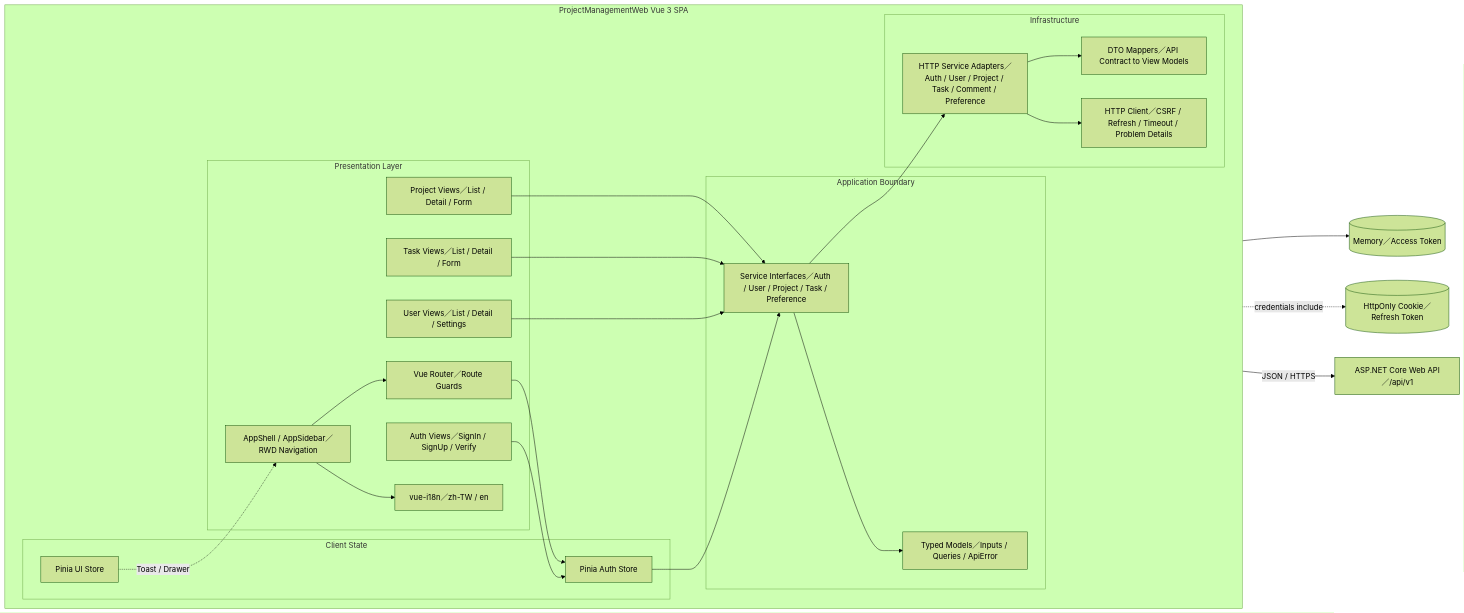
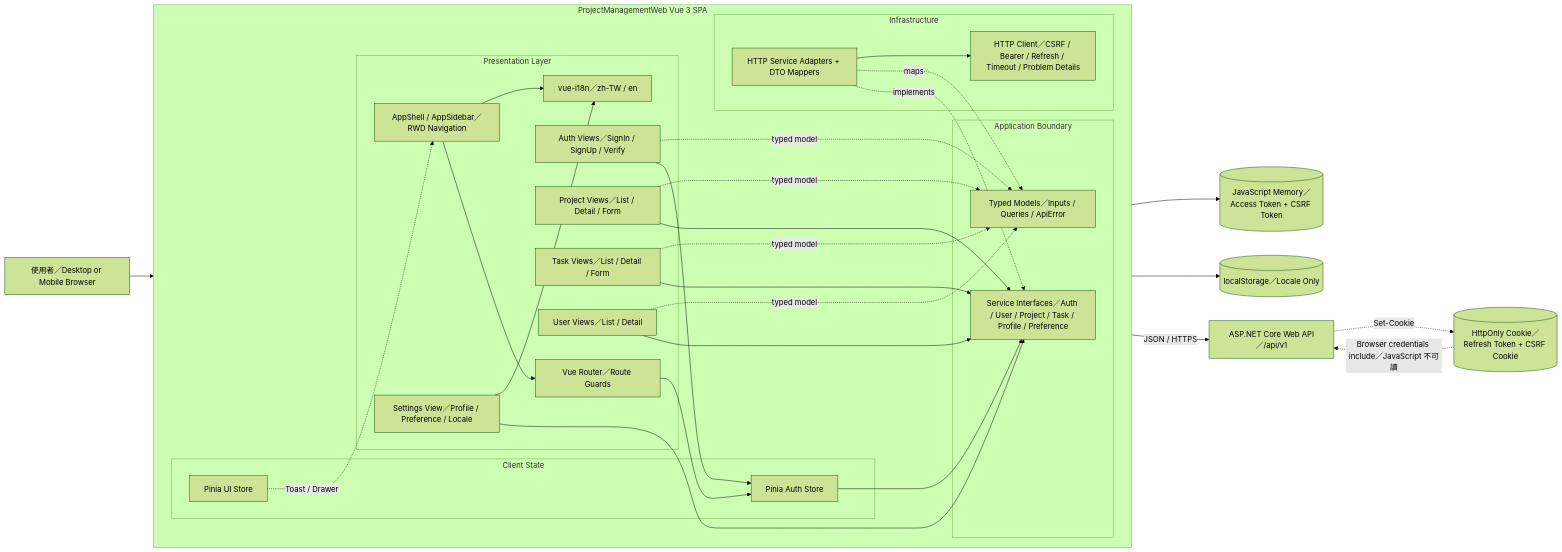
One commit to JJDing-Louis/ProjectManagementWeb_FrontEnd changed the first of 3 diagrams in docs/Architecture.md. Above: the diagram before and after it, drawn with Mermaid (forest theme). The commit also changed other lines of this file and 3 other files, not shown here.

````diff
--- a/docs/Architecture.md
+++ b/docs/Architecture.md
@@ -9,53 +9,64 @@
 ```mermaid
 flowchart LR
+    User[使用者／Desktop or Mobile Browser]
+
     subgraph SPA[ProjectManagementWeb Vue 3 SPA]
         direction LR
 
         subgraph Presentation[Presentation Layer]
             AuthViews[Auth Views／SignIn / SignUp / Verify]
             ProjectViews[Project Views／List / Detail / Form]
             TaskViews[Task Views／List / Detail / Form]
-            UserViews[User Views／List / Detail / Settings]
+            UserViews[User Views／List / Detail]
+            SettingsView[Settings View／Profile / Preference / Locale]
             Shell[AppShell / AppSidebar／RWD Navigation]
             Router[Vue Router／Route Guards]
             I18n[vue-i18n／zh-TW / en]
         end
 
         subgraph ClientState[Client State]
             AuthStore[Pinia Auth Store]
             UiStore[Pinia UI Store]
         end
 
         subgraph ApplicationBoundary[Application Boundary]
-            Contracts[Service Interfaces／Auth / User / Project / Task / Preference]
+            Contracts[Service Interfaces／Auth / User / Project / Task / Profile / Preference]
             Models[Typed Models／Inputs / Queries / ApiError]
         end
 
         subgraph Infrastructure[Infrastructure]
-            HttpAdapter[HTTP Service Adapters／Auth / User / Project / Task / Comment / Preference]
-            HttpClient[HTTP Client／CSRF / Refresh / Timeout / Problem Details]
-            Mapper[DTO Mappers／API Contract to View Models]
+            HttpAdapter[HTTP Service Adapters + DTO Mappers]
+            HttpClient[HTTP Client／CSRF / Bearer / Refresh / Timeout / Problem Details]
         end
     end
 
-    Memory[(Memory／Access Token)]
-    Cookie[(HttpOnly Cookie／Refresh Token)]
+    Memory[(JavaScript Memory／Access Token + CSRF Token)]
+    Locale[(localStorage／Locale Only)]
+    Cookie[(HttpOnly Cookie／Refresh Token + CSRF Cookie)]
     Backend[ASP.NET Core Web API／/api/v1]
 
+    User --> Shell
     Shell --> Router
     Router --> AuthStore
     AuthViews --> AuthStore
     ProjectViews --> Contracts
     TaskViews --> Contracts
     UserViews --> Contracts
+    SettingsView --> Contracts
+    SettingsView --> I18n
     Shell --> I18n
     AuthStore --> Contracts
     UiStore -. Toast / Drawer .-> Shell
-    Contracts --> Models
-    Contracts --> HttpAdapter
-    HttpAdapter --> Mapper
+    AuthViews -. typed model .-> Models
+    ProjectViews -. typed model .-> Models
+    TaskViews -. typed model .-> Models
+    UserViews -. typed model .-> Models
+    HttpAdapter -. implements .-> Contracts
+    HttpAdapter -. maps .-> Models
     HttpAdapter --> HttpClient
     HttpClient --> Memory
-    HttpClient -. credentials include .-> Cookie
+    I18n --> Locale
+    Cookie -. Browser credentials include／JavaScript 不可讀 .-> Backend
+    Backend -. Set-Cookie .-> Cookie
     HttpClient -->|JSON / HTTPS| Backend
 ```
````
